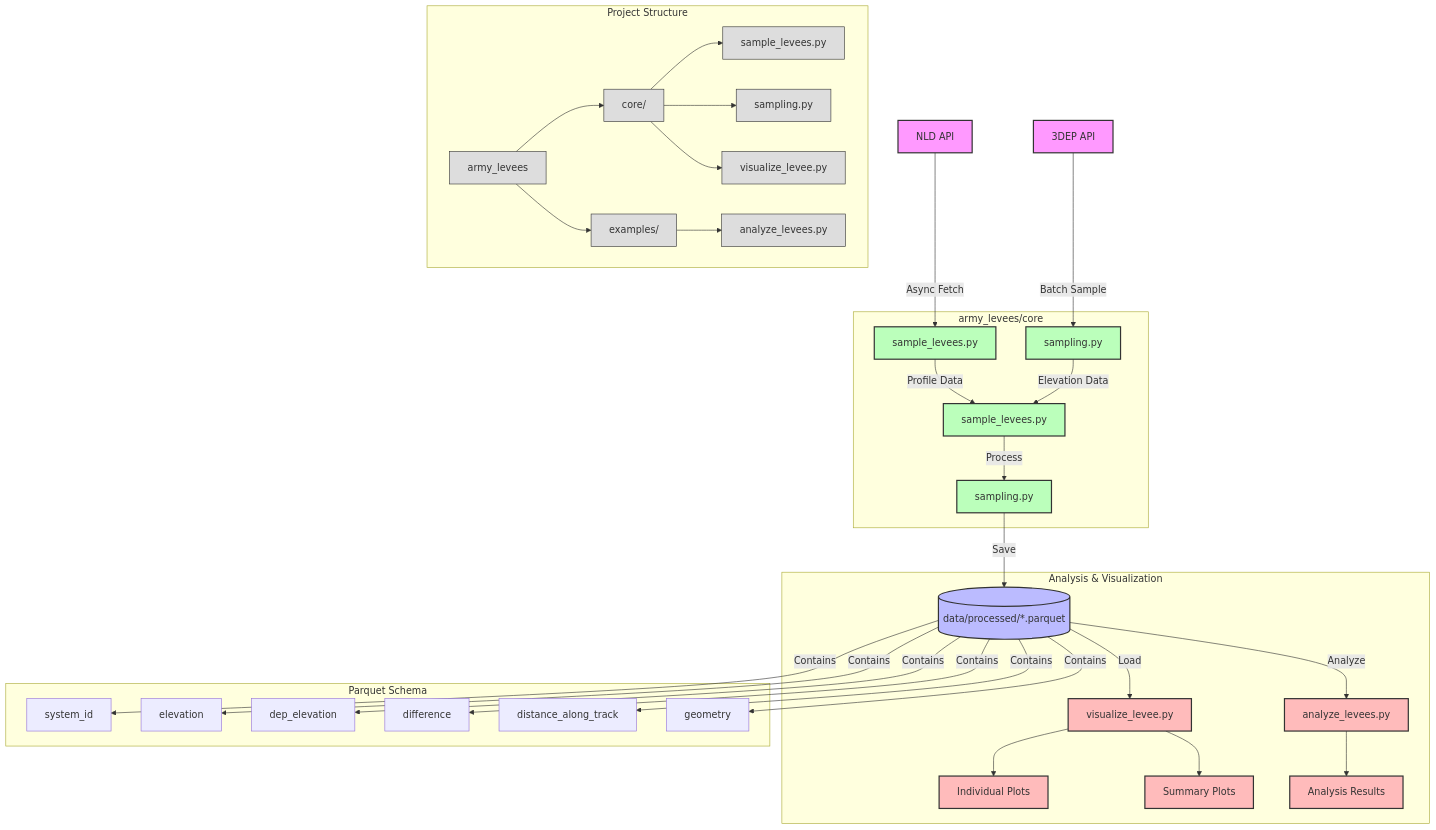
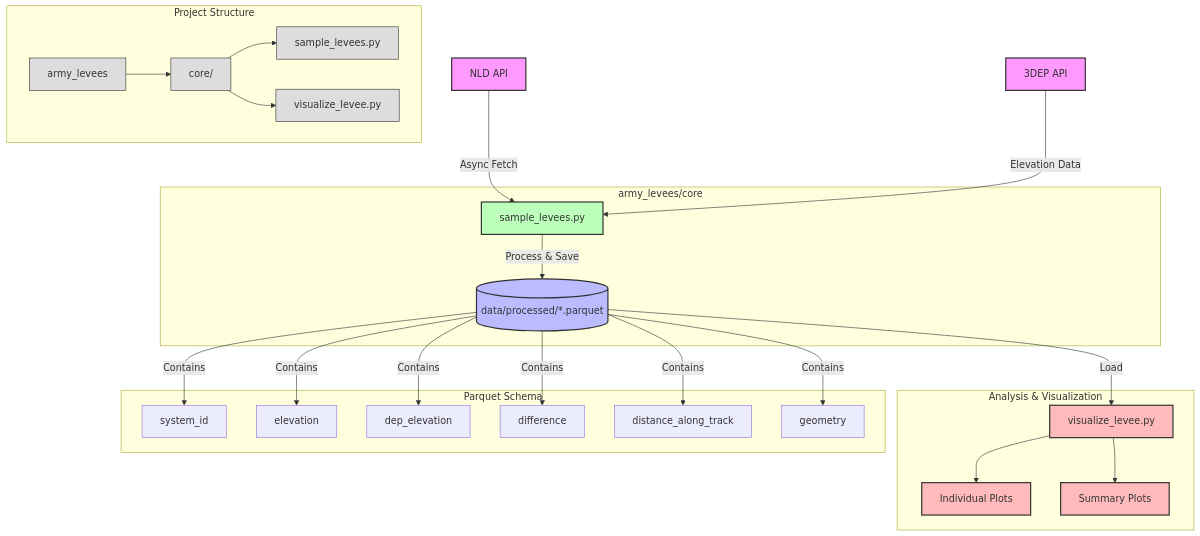
Before and after one commit to jameshgrn/army_levees: the diagram in README.md, drawn with Mermaid. The commit also changed 1 other file, not shown here.

Commit message:
docs: update system architecture diagram
- Update mermaid diagram to match actual codebase structure
- Remove non-existent files from diagram
- Add visualization pipeline details pt 3

````diff
--- a/README.md
+++ b/README.md
@@ -14,59 +14,49 @@
 ```mermaid
 graph TD
     %% Data Sources & API Handling
     A[NLD API] -->|Async Fetch| B[sample_levees.py]
-    D[3DEP API] -->|Batch Sample| E[sampling.py]
+    D[3DEP API] -->|Elevation Data| B
 
     %% Core Processing Pipeline
     subgraph Core Processing [army_levees/core]
-        B -->|Profile Data| F[sample_levees.py]
-        E -->|Elevation Data| F
-        F -->|Process| G[sampling.py]
+        B -->|Process & Save| I[(data/processed/*.parquet)]
     end
-
-    %% Data Storage & Processing
-    G -->|Save| I[(data/processed/*.parquet)]
 
     %% Analysis & Visualization
     subgraph Analysis & Visualization
         I -->|Load| J[visualize_levee.py]
-        I -->|Analyze| K[analyze_levees.py]
-        J --> L[Individual Plots]
-        J --> M[Summary Plots]
-        K --> N[Analysis Results]
+        J --> K[Individual Plots]
+        J --> L[Summary Plots]
     end
 
     %% Data Schema
     subgraph Parquet Schema
-        I --> |Contains| O[system_id]
-        I --> |Contains| P[elevation]
-        I --> |Contains| Q[dep_elevation]
-        I --> |Contains| R[difference]
-        I --> |Contains| S[distance_along_track]
-        I --> |Contains| T[geometry]
+        I --> |Contains| M[system_id]
+        I --> |Contains| N[elevation]
+        I --> |Contains| O[dep_elevation]
+        I --> |Contains| P[difference]
+        I --> |Contains| Q[distance_along_track]
+        I --> |Contains| R[geometry]
     end
 
     %% Module Organization
     subgraph Project Structure
-        U[army_levees]
-        U --> V[core/]
-        U --> W[examples/]
-        V --> X[sample_levees.py]
-        V --> Y[sampling.py]
-        V --> Z[visualize_levee.py]
-        W --> AA[analyze_levees.py]
+        S[army_levees]
+        S --> T[core/]
+        T --> U[sample_levees.py]
+        T --> V[visualize_levee.py]
     end
 
     %% Style
     classDef api fill:#f9f,stroke:#333,stroke-width:2px
     classDef core fill:#bfb,stroke:#333,stroke-width:2px
     classDef storage fill:#bbf,stroke:#333,stroke-width:2px
     classDef analysis fill:#fbb,stroke:#333,stroke-width:2px
     classDef structure fill:#ddd,stroke:#333,stroke-width:1px
 
     class A,D api
-    class B,E,F,G core
+    class B core
     class I storage
-    class J,K,L,M,N analysis
-    class U,V,W,X,Y,Z,AA structure
+    class J,K,L analysis
+    class S,T,U,V structure
 ```
````
